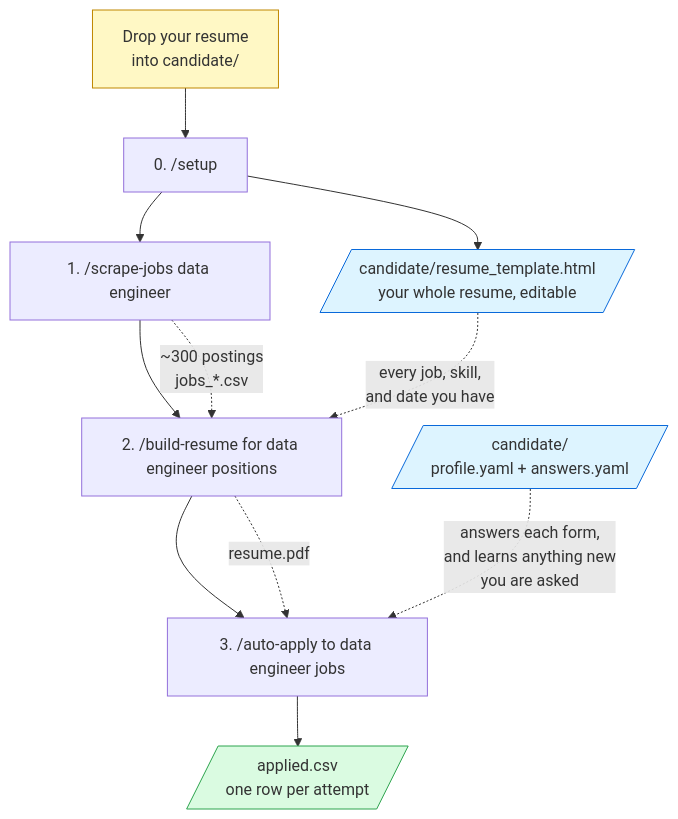
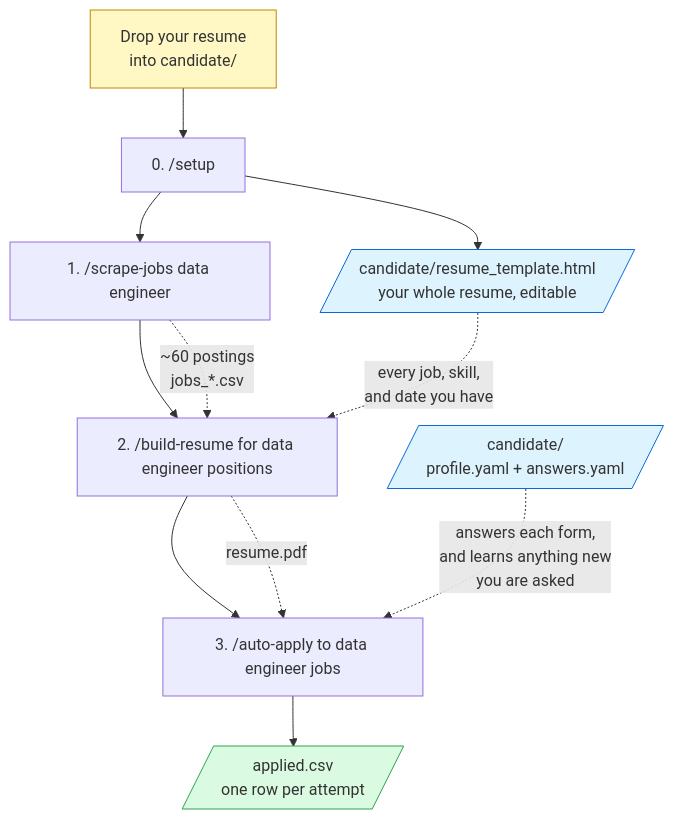
The first of 4 diagrams in README.md (yuluo/job-bot), drawn with Mermaid before and after one commit. The commit also changed other lines of this file and 2 other files, not shown here.

````diff
--- a/README.md
+++ b/README.md
@@ -7,20 +7,20 @@
 ```mermaid
 flowchart TB
     R["Drop your resume<br/>into candidate/"]
     R --> SU["0. /setup"]
     SU --> TPL[/"candidate/resume_template.html<br/>your whole resume, editable"/]
     SU --> S["1. /scrape-jobs data engineer"]
     S --> B["2. /build-resume for data engineer positions"]
     B --> A["3. /auto-apply to data engineer jobs"]
     A --> LOG[/"applied.csv<br/>one row per attempt"/]
 
-    S -. "~300 postings<br/>jobs_*.csv" .-> B
+    S -. "~60 postings<br/>jobs_*.csv" .-> B
     TPL -. "every job, skill,<br/>and date you have" .-> B
     B -. "resume.pdf" .-> A
     KB[/"candidate/<br/>profile.yaml + answers.yaml"/] -. "answers each form,<br/>and learns anything new<br/>you are asked" .-> A
 
     style KB fill:#ddf4ff,stroke:#0969da
     style TPL fill:#ddf4ff,stroke:#0969da
     style LOG fill:#dafbe1,stroke:#2da44e
     style R fill:#fff8c5,stroke:#bf8700
 ```
````
